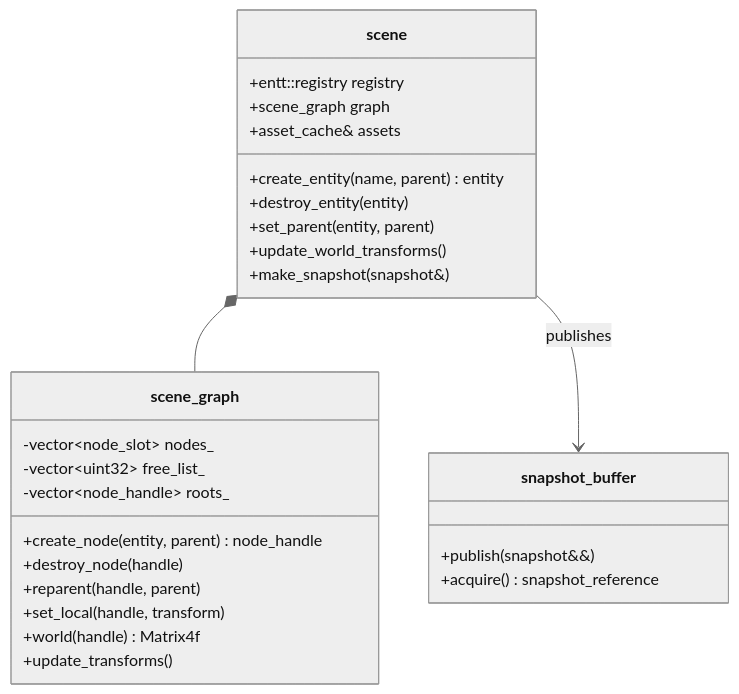
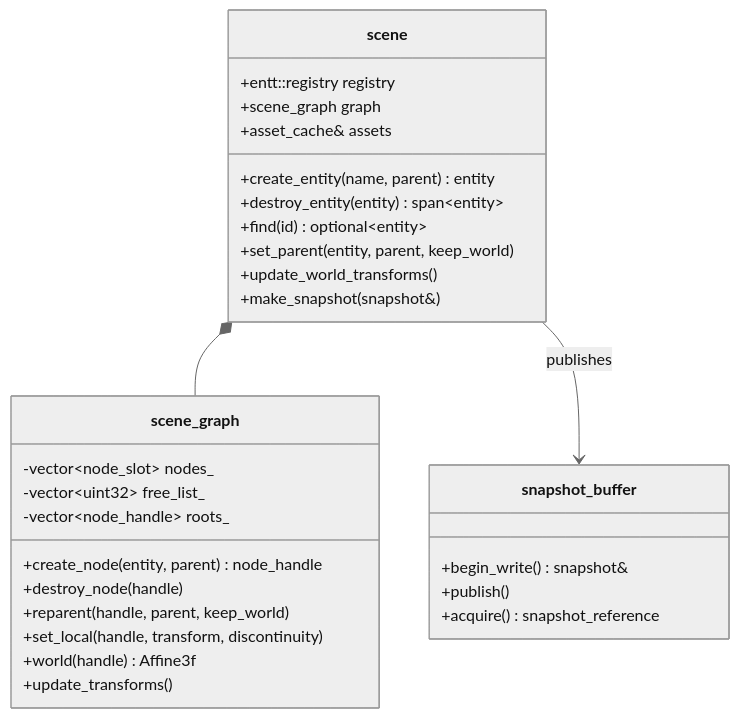
The first of 2 diagrams in docs/design/08-scene-management.md (KevindeQ/avis), drawn with Mermaid (neutral theme) before and after one commit. The commit also changed other lines of this file and 16 other files, not shown here.

````diff
--- a/docs/design/08-scene-management.md
+++ b/docs/design/08-scene-management.md
@@ -24,30 +26,32 @@
 ```mermaid
 classDiagram
     class scene {
         +entt::registry registry
         +scene_graph graph
         +asset_cache& assets
         +create_entity(name, parent) entity
-        +destroy_entity(entity)
-        +set_parent(entity, parent)
+        +destroy_entity(entity) span~entity~
+        +find(id) optional~entity~
+        +set_parent(entity, parent, keep_world)
         +update_world_transforms()
         +make_snapshot(snapshot&) 
     }
     class scene_graph {
         -vector~node_slot~ nodes_
         -vector~uint32~ free_list_
         -vector~node_handle~ roots_
         +create_node(entity, parent) node_handle
         +destroy_node(handle)
-        +reparent(handle, parent)
-        +set_local(handle, transform)
-        +world(handle) Matrix4f
+        +reparent(handle, parent, keep_world)
+        +set_local(handle, transform, discontinuity)
+        +world(handle) Affine3f
         +update_transforms()
     }
     class snapshot_buffer {
-        +publish(snapshot&&)
+        +begin_write() snapshot&
+        +publish()
         +acquire() snapshot_reference
     }
     scene *-- scene_graph
     scene --> snapshot_buffer : publishes
 ```
````
